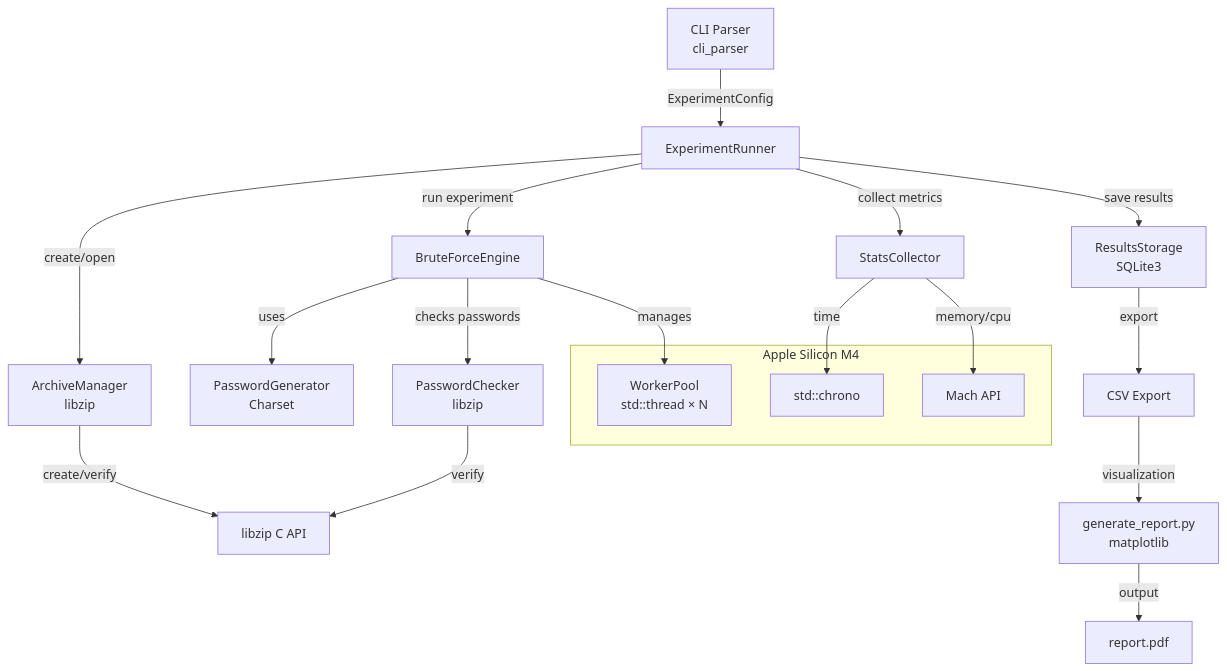
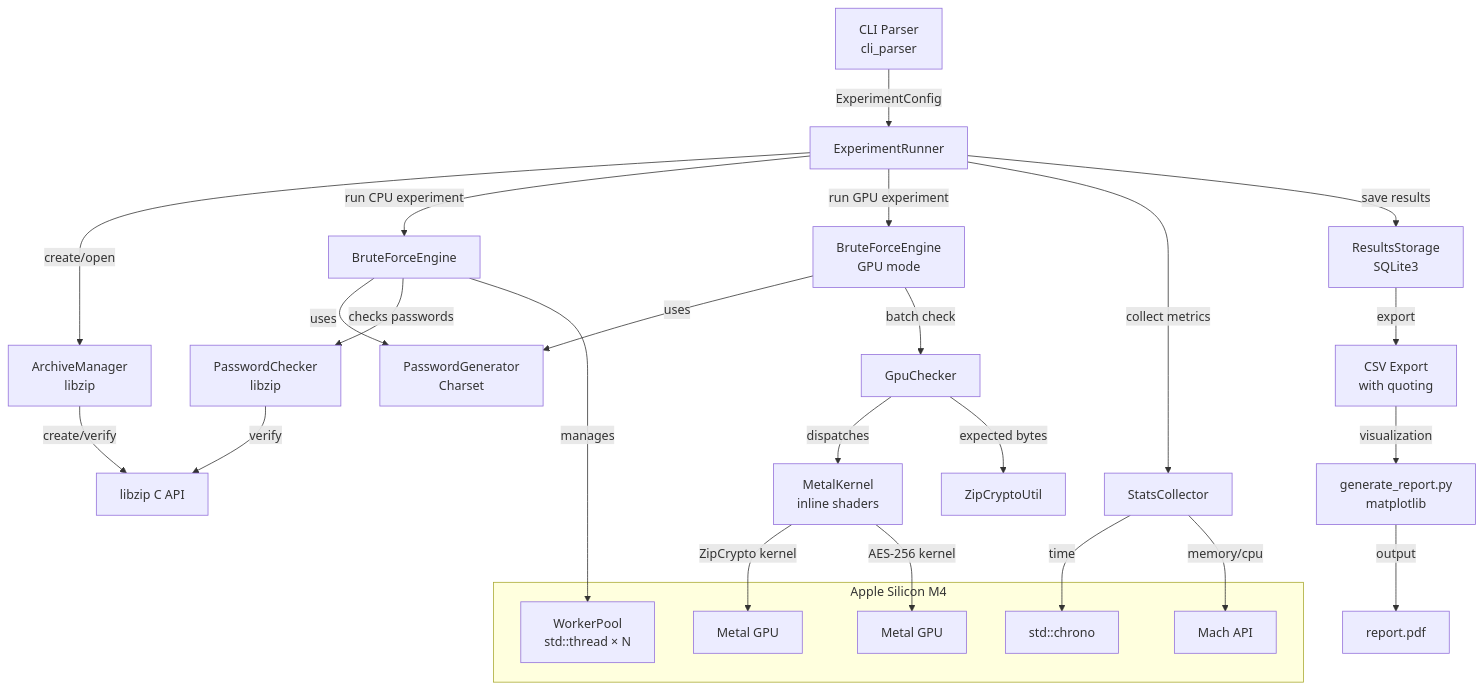
The diagram in docs/components.md (Tiipok/practica), drawn with Mermaid before and after one commit. The commit also changed 21 other files, not shown here.

````diff
--- a/docs/components.md
+++ b/docs/components.md
@@ -3,28 +3,38 @@
 ```mermaid
 graph TD
     CLI[CLI Parser\ncli_parser] -->|ExperimentConfig| Runner[ExperimentRunner]
     Runner -->|create/open| AM[ArchiveManager\nlibzip]
-    Runner -->|run experiment| BFE[BruteForceEngine]
+    Runner -->|run CPU experiment| BFE[BruteForceEngine]
+    Runner -->|run GPU experiment| GPUEngine[BruteForceEngine\nGPU mode]
     Runner -->|collect metrics| SC[StatsCollector]
     Runner -->|save results| RS[ResultsStorage\nSQLite3]
 
     BFE -->|uses| PG[PasswordGenerator\nCharset]
     BFE -->|checks passwords| PC[PasswordChecker\nlibzip]
     BFE -->|manages| WP[WorkerPool\nstd::thread × N]
 
+    GPUEngine -->|uses| PG
+    GPUEngine -->|batch check| GC[GpuChecker]
+    GC -->|dispatches| MK[MetalKernel\ninline shaders]
+    GC -->|expected bytes| ZU[ZipCryptoUtil]
+    MK -->|ZipCrypto kernel| METAL1[Metal GPU]
+    MK -->|AES-256 kernel| METAL2[Metal GPU]
+
     SC -->|time| CHRONO[std::chrono]
     SC -->|memory/cpu| MACH[Mach API]
 
-    RS -->|export| CSV[CSV Export]
+    RS -->|export| CSV[CSV Export\nwith quoting]
     CSV -->|visualization| PY[generate_report.py\nmatplotlib]
     PY -->|output| PDF[report.pdf]
 
     AM -->|create/verify| LIBZIP[libzip C API]
     PC -->|verify| LIBZIP
 
     subgraph "Apple Silicon M4"
         WP
         MACH
         CHRONO
+        METAL1
+        METAL2
     end
 ```
````
